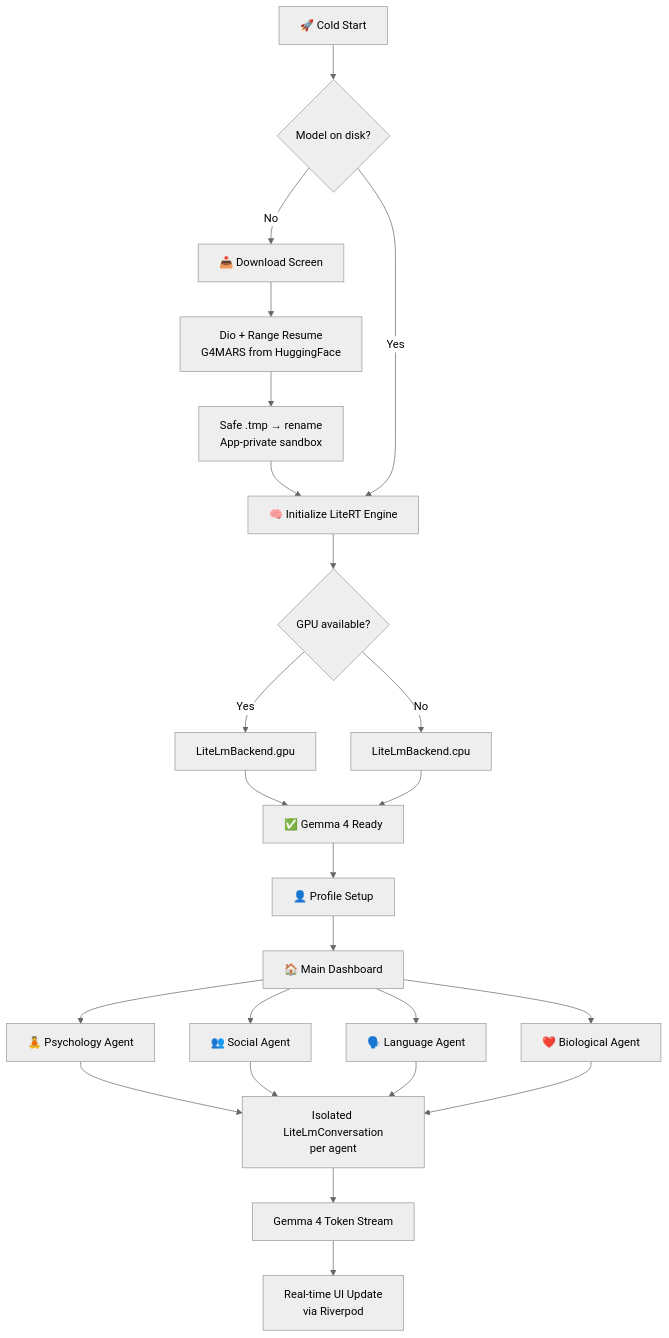
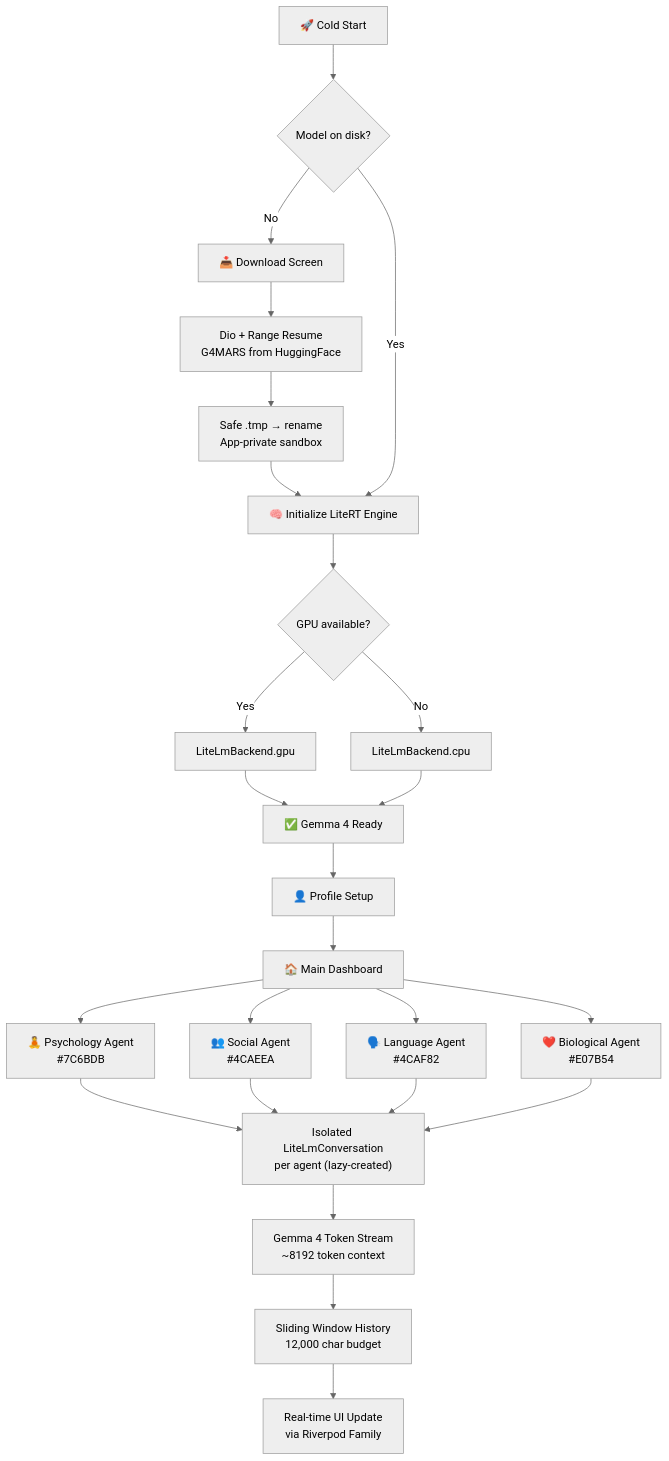
The diagram in README.md (AlaYOD/mars-ai), drawn with Mermaid (neutral theme) before and after one commit. The commit also changed other lines of this file, not shown here.

````diff
--- a/README.md
+++ b/README.md
@@ -240,25 +587,26 @@
 ```mermaid
 graph TD
     A["🚀 Cold Start"] --> B{"Model on disk?"}
     B -- No --> C["📥 Download Screen"]
-    C --> D["Dio + Range Resume<br/>G4MARS from HuggingFace"]
-    D --> E["Safe .tmp → rename<br/>App-private sandbox"]
+    C --> D["Dio + Range Resume\nG4MARS from HuggingFace"]
+    D --> E["Safe .tmp → rename\nApp-private sandbox"]
     E --> F["🧠 Initialize LiteRT Engine"]
     B -- Yes --> F
     F --> G{"GPU available?"}
     G -- Yes --> H["LiteLmBackend.gpu"]
     G -- No --> I["LiteLmBackend.cpu"]
     H --> J["✅ Gemma 4 Ready"]
     I --> J
     J --> K["👤 Profile Setup"]
     K --> L["🏠 Main Dashboard"]
-    
-    L --> M["🧘 Psychology Agent"]
-    L --> N["👥 Social Agent"]
-    L --> O["🗣️ Language Agent"]
-    L --> P["❤️ Biological Agent"]
-    
-    M & N & O & P --> Q["Isolated LiteLmConversation<br/>per agent"]
-    Q --> R["Gemma 4 Token Stream"]
-    R --> S["Real-time UI Update<br/>via Riverpod"]
+
+    L --> M["🧘 Psychology Agent\n#7C6BDB"]
+    L --> N["👥 Social Agent\n#4CAEEA"]
+    L --> O["🗣️ Language Agent\n#4CAF82"]
+    L --> P["❤️ Biological Agent\n#E07B54"]
+
+    M & N & O & P --> Q["Isolated LiteLmConversation\nper agent (lazy-created)"]
+    Q --> R["Gemma 4 Token Stream\n~8192 token context"]
+    R --> S["Sliding Window History\n12,000 char budget"]
+    S --> T["Real-time UI Update\nvia Riverpod Family"]
 ```
````
